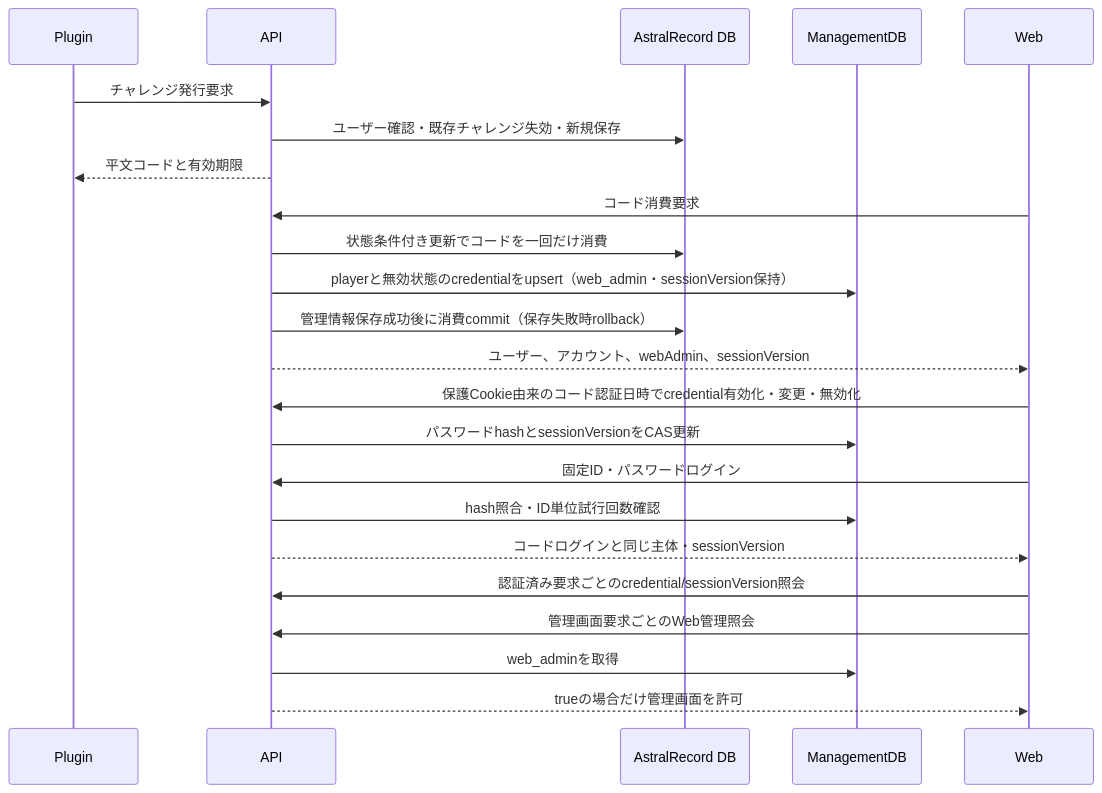
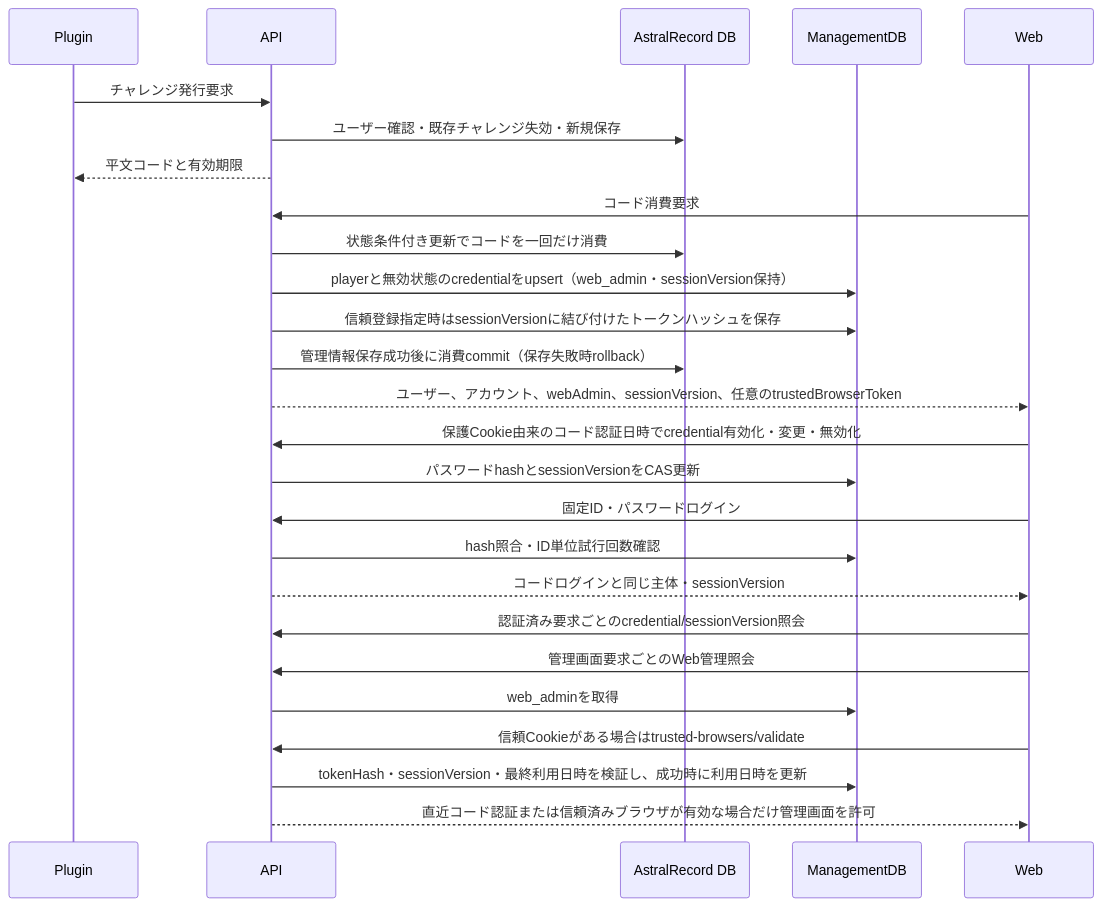
Before and after one commit to maaasu/AstralRecord-Workspace: the diagram in 00_docs/20_API設計書/feature/24-web-auth/4-統合フロー/24_4.00-統合フロー.md, drawn with Mermaid. The commit also changed 46 other files, not shown here.

````diff
--- a/00_docs/20_API設計書/feature/24-web-auth/4-統合フロー/24_4.00-統合フロー.md
+++ b/00_docs/20_API設計書/feature/24-web-auth/4-統合フロー/24_4.00-統合フロー.md
@@ -3,25 +3,28 @@
 ```mermaid
 sequenceDiagram
     participant Plugin
     participant API
     participant GameDB as AstralRecord DB
     participant ManagementDB
     participant Web
     Plugin->>API: チャレンジ発行要求
     API->>GameDB: ユーザー確認・既存チャレンジ失効・新規保存
     API-->>Plugin: 平文コードと有効期限
     Web->>API: コード消費要求
     API->>GameDB: 状態条件付き更新でコードを一回だけ消費
     API->>ManagementDB: playerと無効状態のcredentialをupsert（web_admin・sessionVersion保持）
+    API->>ManagementDB: 信頼登録指定時はsessionVersionに結び付けたトークンハッシュを保存
     API->>GameDB: 管理情報保存成功後に消費commit（保存失敗時rollback）
-    API-->>Web: ユーザー、アカウント、webAdmin、sessionVersion
+    API-->>Web: ユーザー、アカウント、webAdmin、sessionVersion、任意のtrustedBrowserToken
     Web->>API: 保護Cookie由来のコード認証日時でcredential有効化・変更・無効化
     API->>ManagementDB: パスワードhashとsessionVersionをCAS更新
     Web->>API: 固定ID・パスワードログイン
     API->>ManagementDB: hash照合・ID単位試行回数確認
     API-->>Web: コードログインと同じ主体・sessionVersion
     Web->>API: 認証済み要求ごとのcredential/sessionVersion照会
     Web->>API: 管理画面要求ごとのWeb管理照会
     API->>ManagementDB: web_adminを取得
-    API-->>Web: trueの場合だけ管理画面を許可
+    Web->>API: 信頼Cookieがある場合はtrusted-browsers/validate
+    API->>ManagementDB: tokenHash・sessionVersion・最終利用日時を検証し、成功時に利用日時を更新
+    API-->>Web: 直近コード認証または信頼済みブラウザが有効な場合だけ管理画面を許可
 ```
````
